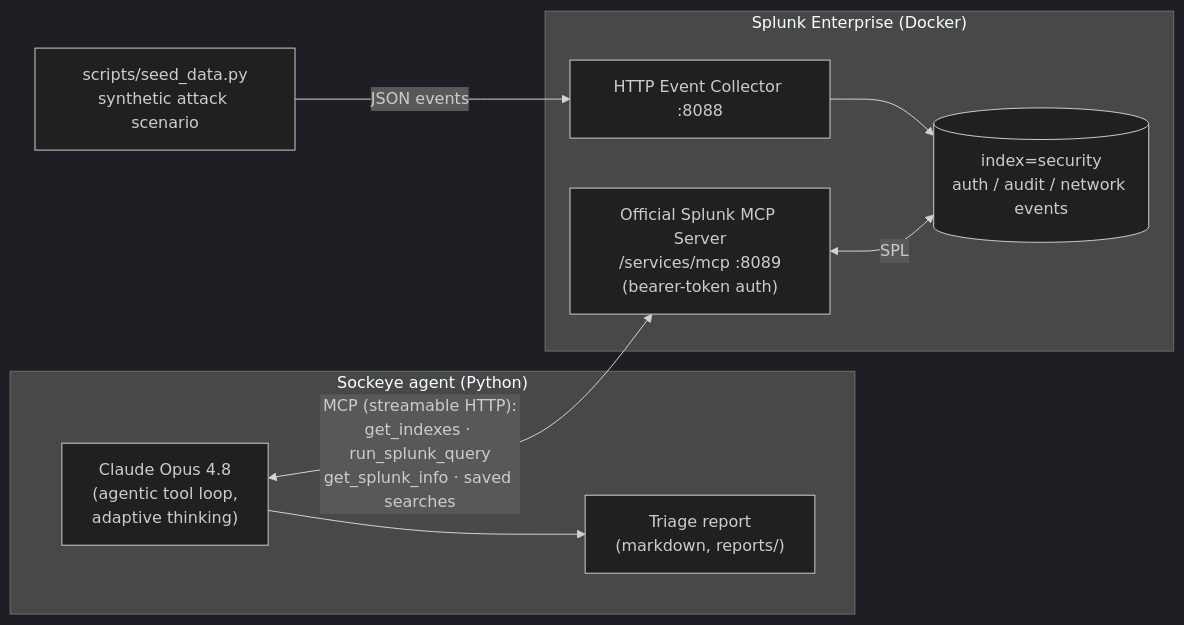
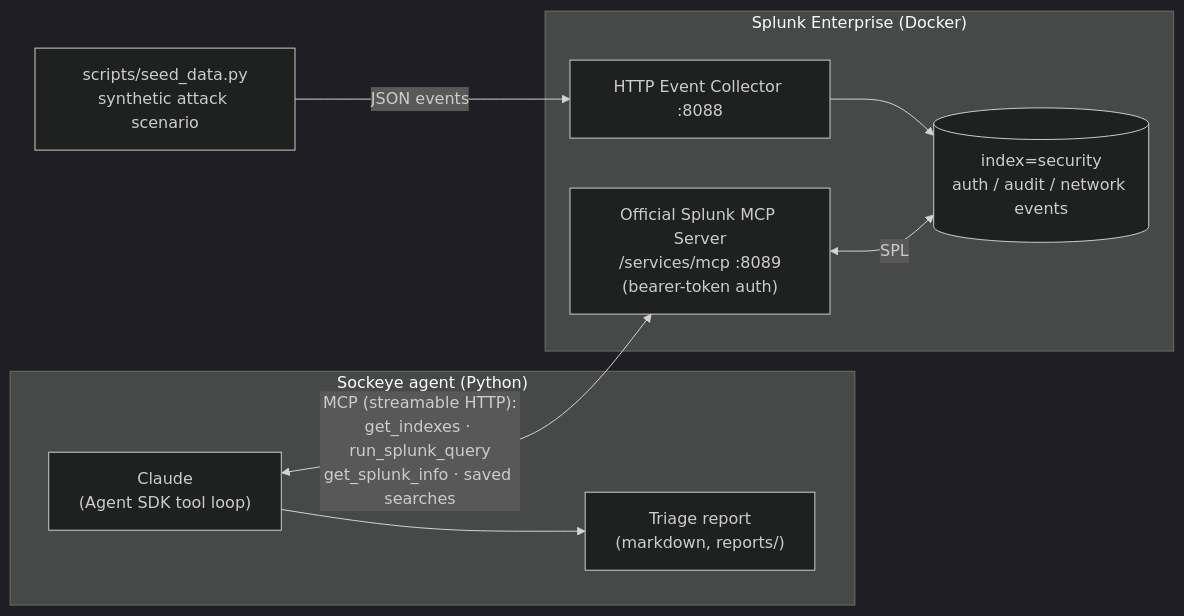
The diagram in README.md (dmetagame/sockeye), drawn with Mermaid (dark theme) before and after one commit. The commit also changed other lines of this file and 5 other files, not shown here.

First line of the commit message:
Switch agent to Claude Agent SDK; fix MCP token flow

````diff
--- a/README.md
+++ b/README.md
@@ -22,18 +22,18 @@
 ```mermaid
 flowchart LR
     subgraph Agent["Sockeye agent (Python)"]
-        C["Claude Opus 4.8\n(agentic tool loop,\nadaptive thinking)"]
+        C["Claude\n(Agent SDK tool loop)"]
         R["Triage report\n(markdown, reports/)"]
     end
 
     subgraph Splunk["Splunk Enterprise (Docker)"]
         MCP["Official Splunk MCP Server\n/services/mcp :8089\n(bearer-token auth)"]
         IDX[("index=security\nauth / audit / network events")]
         HEC["HTTP Event Collector :8088"]
     end
 
     SEED["scripts/seed_data.py\nsynthetic attack scenario"] -->|JSON events| HEC --> IDX
     C <-->|"MCP (streamable HTTP):\nget_indexes · run_splunk_query\nget_splunk_info · saved searches"| MCP
     MCP <-->|SPL| IDX
     C --> R
 ```
````
